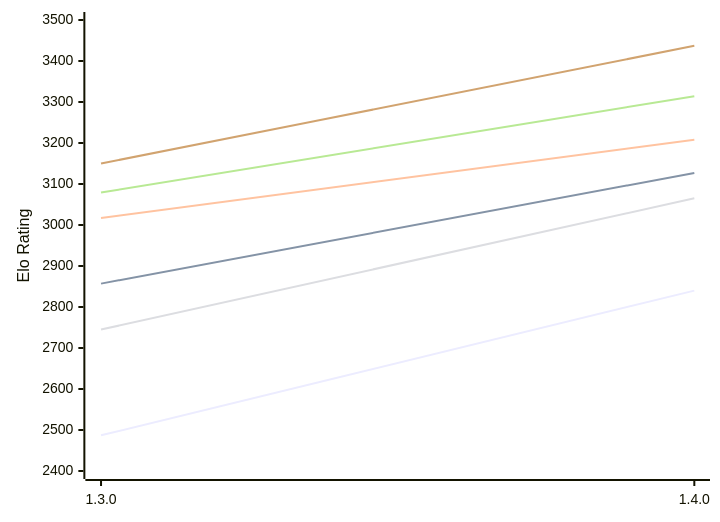
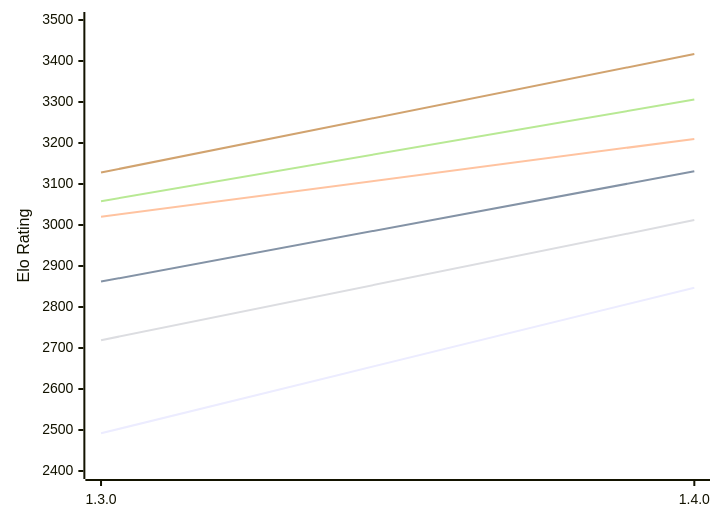
Before and after one commit to computer-chess-index/cci: the first of 2 diagrams in engines/Ember.md, drawn with Mermaid. The commit also changed other lines of this file, not shown here.

Commit message:
Update CCI Ratings (ELO VLTC) - 2026-10-18

````diff
--- a/engines/Ember.md
+++ b/engines/Ember.md
@@ -51,12 +51,12 @@
 ```mermaid
 %%{init: {"theme":"base","themeVariables":{"seriesColors:['#a3a3a3','#222221','#faa371']}}}%%
 xychart-beta
   x-axis ["1.3.0", "1.4.0"]
   y-axis "Elo Rating" 2400 --> 3500
-  line "E1: STC (8.0+0.08s)" [2487, 2840]
-  line "E1: LTC (60.0+0.60s)" [2857, 3127]
-  line "E1: VLTC (2m24s+1.12s)" [3017, 3208]
-  line "P1: STC (8.0+0.08s)" [2745, 3065]
-  line "P1: LTC (60.0+0.60s)" [3079, 3314]
-  line "P1: VLTC (2m24s+1.12s)" [3150, 3437]
+  line "E1: STC (8.0+0.08s)" [2492, 2847]
+  line "E1: LTC (60.0+0.60s)" [2862, 3131]
+  line "E1: VLTC (2m24s+1.12s)" [3020, 3210]
+  line "P1: STC (8.0+0.08s)" [2719, 3012]
+  line "P1: LTC (60.0+0.60s)" [3058, 3306]
+  line "P1: VLTC (2m24s+1.12s)" [3128, 3417]
 ```
````
